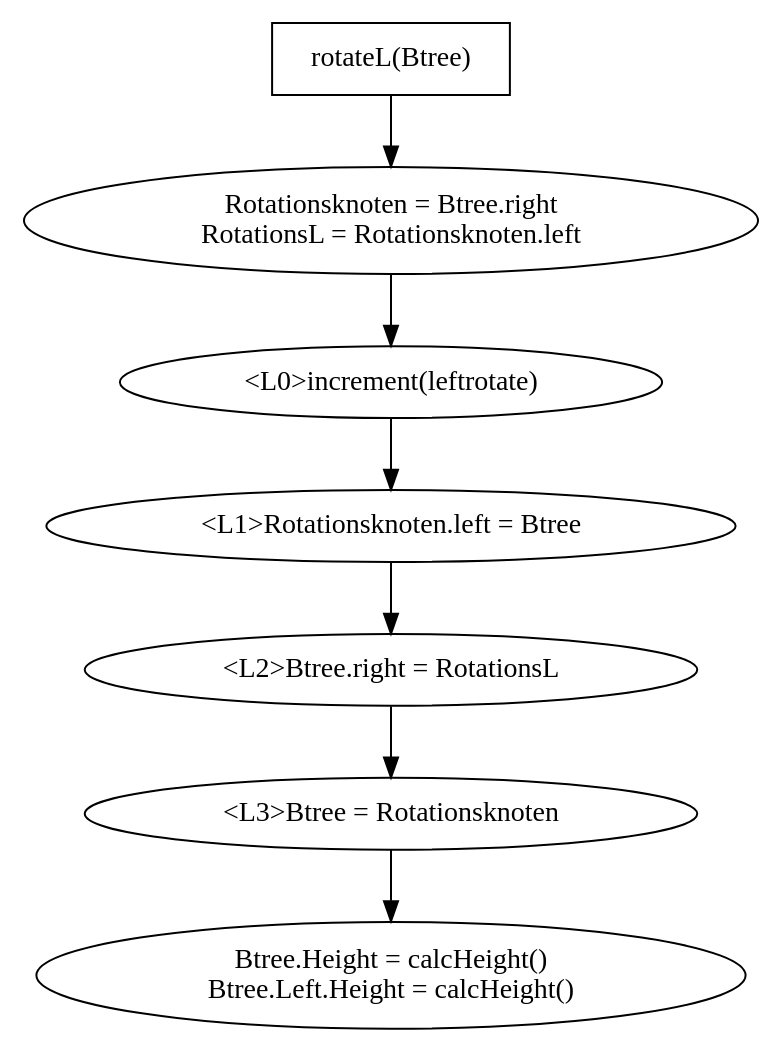
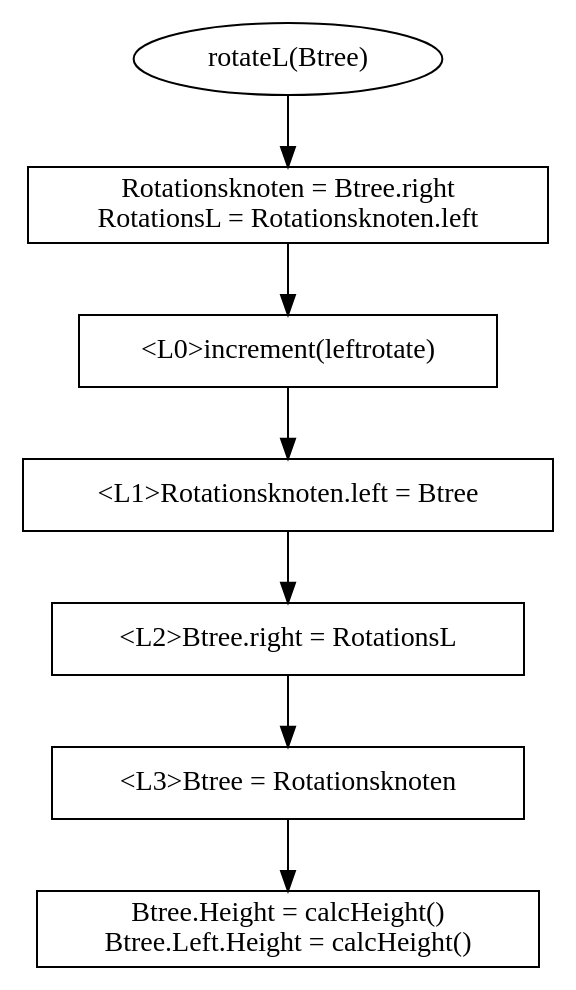
The diagram in doc/graphviz/rotateL.gv (hugoppp-uni/Hausarbeit-Algorithmen-und-Datenstrukturen), drawn with Graphviz before and after one commit. The commit also changed 6 other files, not shown here.

Commit message:
Graphviz: Improve layout and change shape to box

```diff
--- a/doc/graphviz/rotateL.gv
+++ b/doc/graphviz/rotateL.gv
@@ -1,15 +1,16 @@
 digraph L {
-    rotateR [label = "rotateL(Btree)" shape = box];
+    node [shape = box];
+    rotateR [label = "rotateL(Btree)" shape = ellipse];
     rotateR -> wurzel
     wurzel [label = "Rotationsknoten = Btree.right\nRotationsL = Rotationsknoten.left"];
     wurzel -> a0
     a0 [label = "<L0>increment(leftrotate)"]
     a0 -> a1
     a1 [label = "<L1>Rotationsknoten.left = Btree"]
     a1 -> a2
     a2  [label = "<L2>Btree.right = RotationsL"]
     a2 -> a3
     a3 [label = "<L3>Btree = Rotationsknoten"]
     a3 -> a4
     a4 [label = "Btree.Height = calcHeight()\nBtree.Left.Height = calcHeight()"]
 }
```
